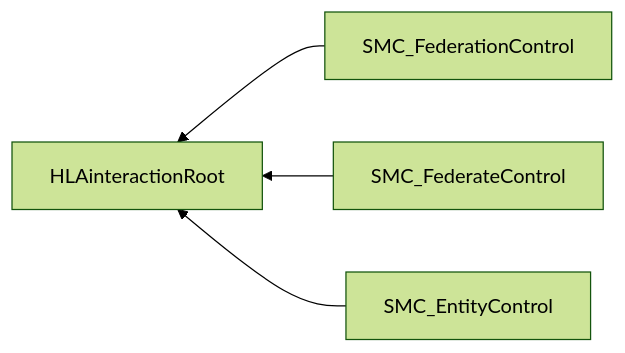
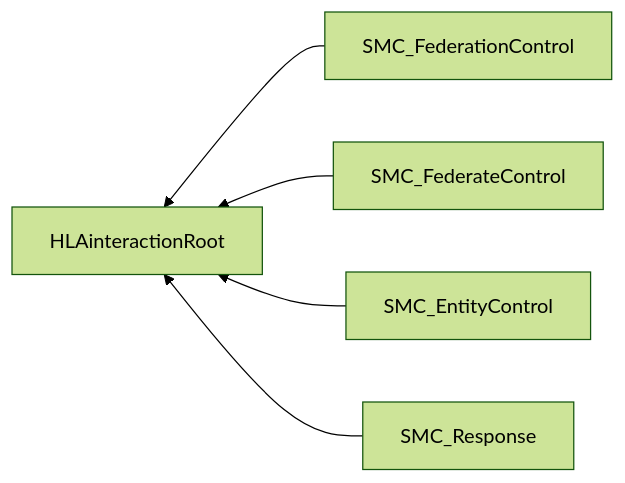
The second of 2 diagrams in NETN-SMC.md (AMSP-04/NETN-SMC), drawn with Mermaid (forest theme) before and after one commit. The commit also changed other lines of this file and 2 other files, not shown here.

````diff
--- a/NETN-SMC.md
+++ b/NETN-SMC.md
@@ -18,6 +45,7 @@
 ```mermaid
 graph RL
 SMC_FederationControl-->HLAinteractionRoot
 SMC_FederateControl-->HLAinteractionRoot
 SMC_EntityControl-->HLAinteractionRoot
+SMC_Response-->HLAinteractionRoot
 ```
````
